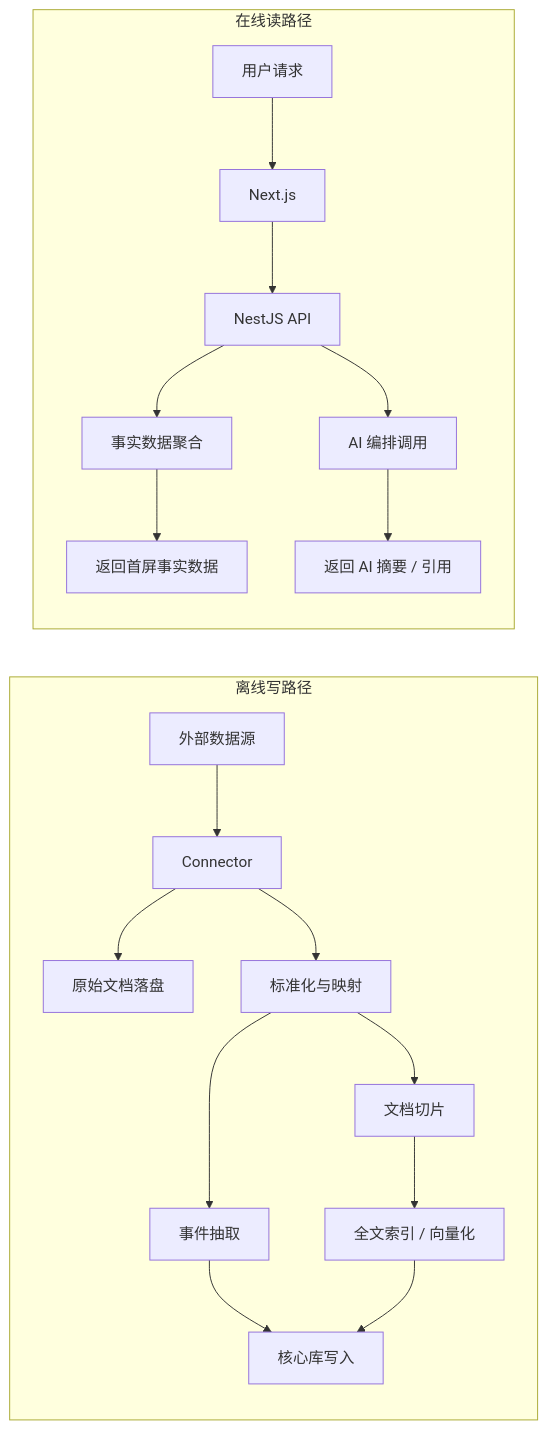
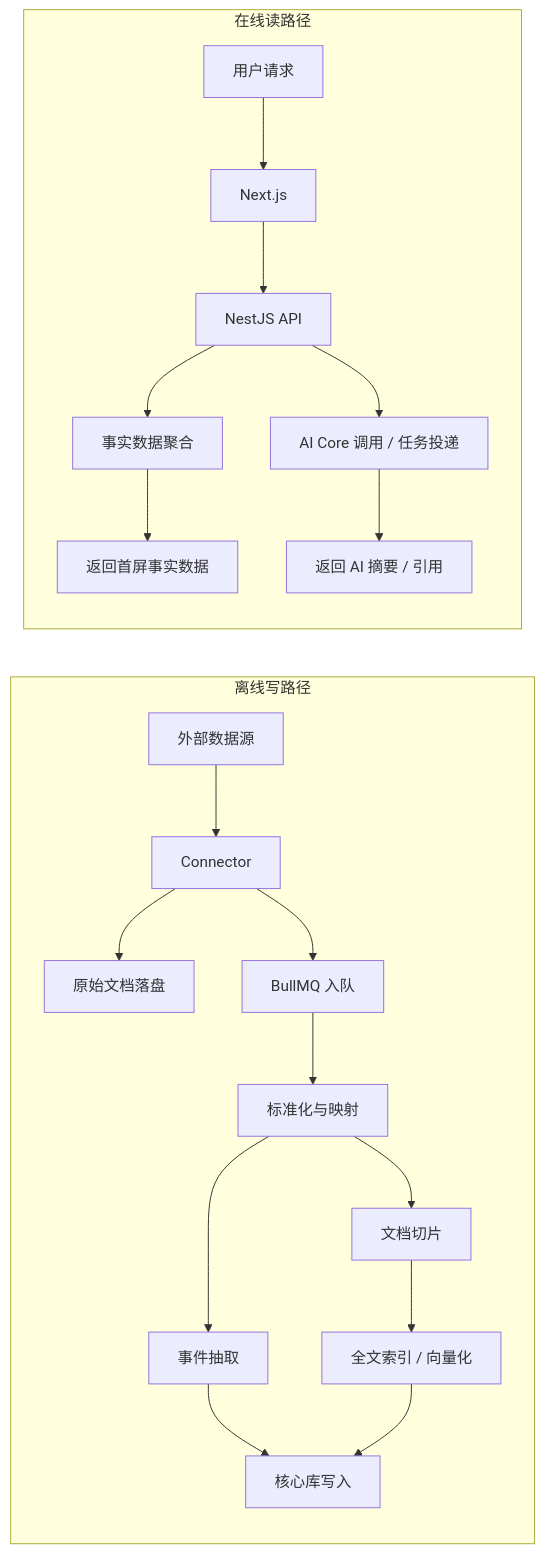
One commit to 583175694/alpha-sight changed the third of 15 diagrams in docs/technical-architecture.md. Above: the diagram before and after it, drawn with Mermaid. The commit also changed other lines of this file and 1 other file, not shown here.

First line of the commit message:
feat: update technical architecture documentation for v0.3

````diff
--- a/docs/technical-architecture.md
+++ b/docs/technical-architecture.md
@@ -207,22 +227,23 @@
 ```mermaid
 flowchart LR
     subgraph Offline[离线写路径]
       S1[外部数据源] --> S2[Connector]
       S2 --> S3[原始文档落盘]
-      S2 --> S4[标准化与映射]
-      S4 --> S5[事件抽取]
-      S4 --> S6[文档切片]
-      S6 --> S7[全文索引 / 向量化]
-      S5 --> S8[核心库写入]
-      S7 --> S8
+      S2 --> S4[BullMQ 入队]
+      S4 --> S5[标准化与映射]
+      S5 --> S6[事件抽取]
+      S5 --> S7[文档切片]
+      S7 --> S8[全文索引 / 向量化]
+      S6 --> S9[核心库写入]
+      S8 --> S9
     end
 
     subgraph Online[在线读路径]
       U1[用户请求] --> U2[Next.js]
       U2 --> U3[NestJS API]
       U3 --> U4[事实数据聚合]
-      U3 --> U5[AI 编排调用]
+      U3 --> U5[AI Core 调用 / 任务投递]
       U4 --> U6[返回首屏事实数据]
       U5 --> U7[返回 AI 摘要 / 引用]
     end
 ```
````
